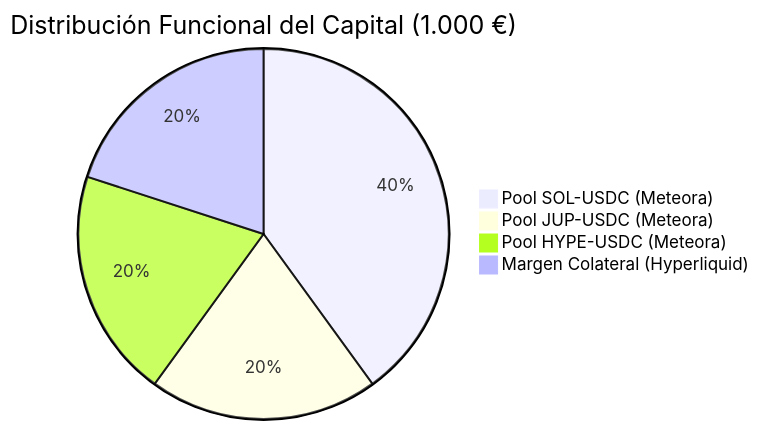
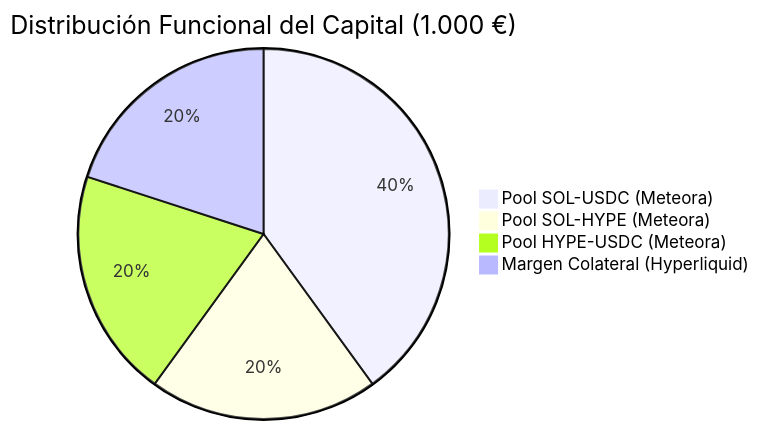
The second of 5 diagrams in DOCUMENTO_ESTRATEGIA_NEGOCIO.md (PabloDorrego/CriptPool), drawn with Mermaid before and after one commit. The commit also changed other lines of this file and 4 other files, not shown here.

Commit message:
feat(strategy): migracion de JUP a SOL-HYPE (Bin 4, 218% APR base) y cartera delta-neutral refinada

````diff
--- a/DOCUMENTO_ESTRATEGIA_NEGOCIO.md
+++ b/DOCUMENTO_ESTRATEGIA_NEGOCIO.md
@@ -58,7 +58,7 @@
 ```mermaid
 pie title Distribución Funcional del Capital (1.000 €)
     "Pool SOL-USDC (Meteora)" : 400
-    "Pool JUP-USDC (Meteora)" : 200
+    "Pool SOL-HYPE (Meteora)" : 200
     "Pool HYPE-USDC (Meteora)" : 200
     "Margen Colateral (Hyperliquid)" : 200
 ```
````
